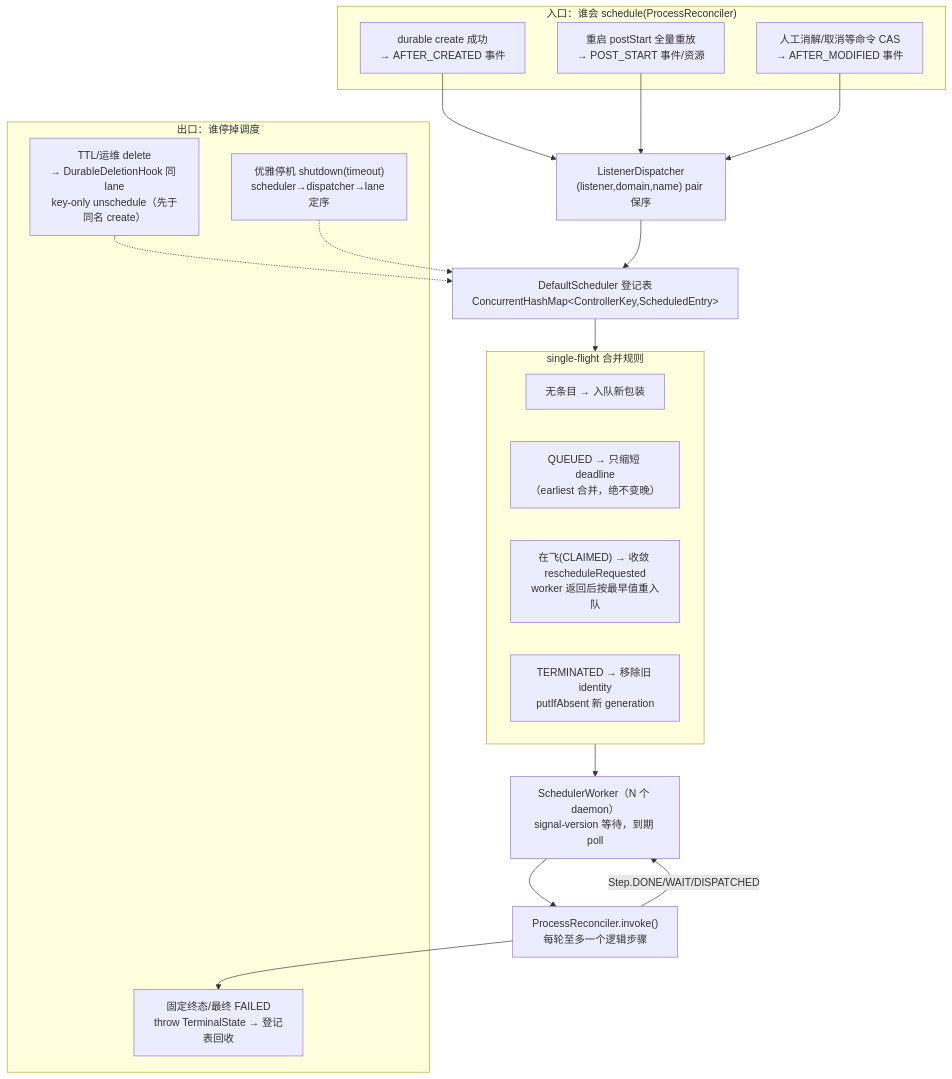
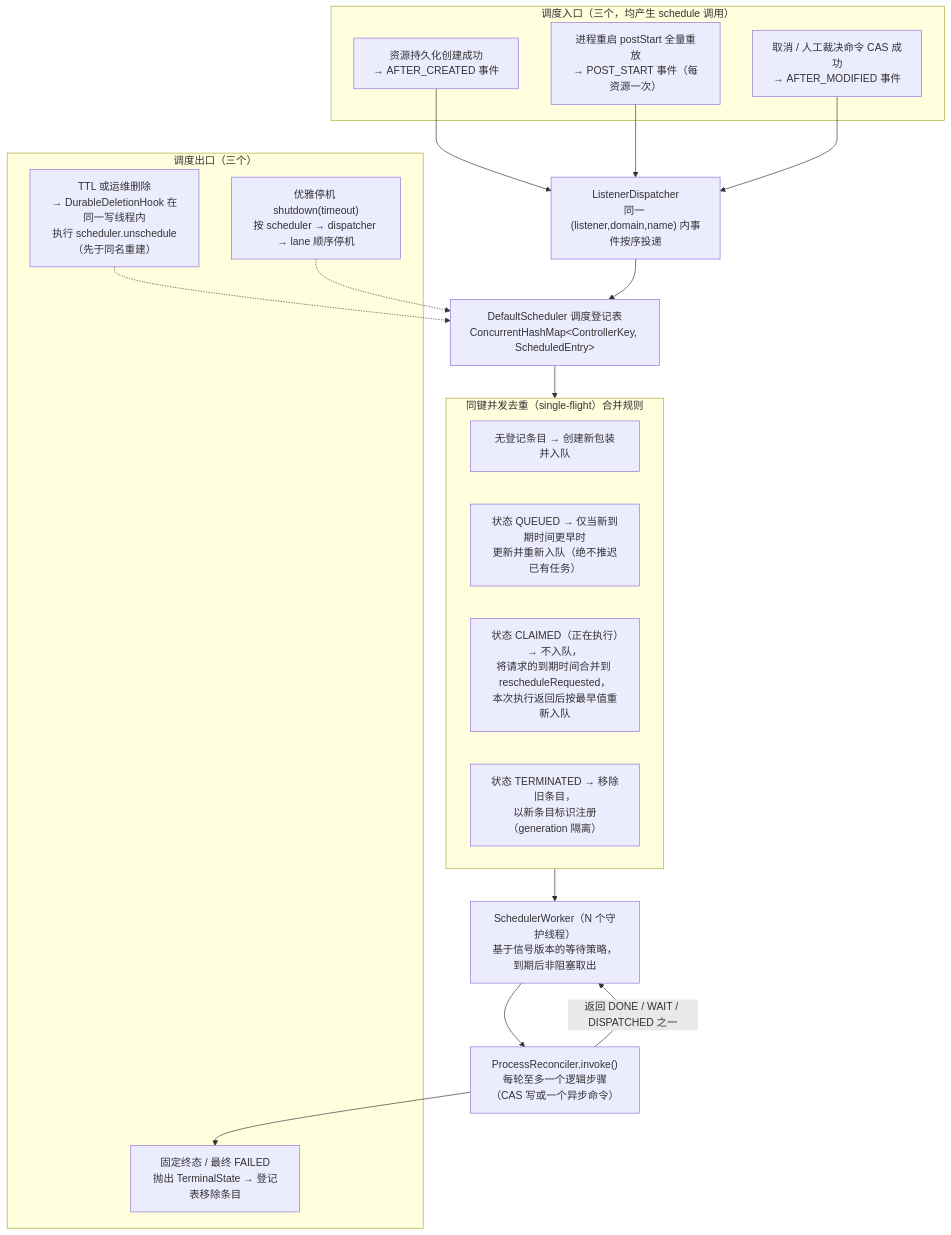
The fourth of 6 diagrams in tasks/process-lifecycle-runbook.md (GlacioData/amoro), drawn with Mermaid before and after one commit. The commit also changed other lines of this file, not shown here.

First line of the commit message:
[ams-v2][docs] Runbook 图集修订：术语规范化 + RUN/CANCEL 状态机拆分为独立两图

````diff
--- a/tasks/process-lifecycle-runbook.md
+++ b/tasks/process-lifecycle-runbook.md
@@ -115,34 +139,34 @@
 ```mermaid
 flowchart TB
-    subgraph 入调度["入口：谁会 schedule(ProcessReconciler)"]
-        A["durable create 成功<br/>→ AFTER_CREATED 事件"]
-        B["重启 postStart 全量重放<br/>→ POST_START 事件/资源"]
-        C["人工消解/取消等命令 CAS<br/>→ AFTER_MODIFIED 事件"]
+    subgraph In["调度入口（三个，均产生 schedule 调用）"]
+        A["资源持久化创建成功<br/>→ AFTER_CREATED 事件"]
+        B["进程重启 postStart 全量重放<br/>→ POST_START 事件（每资源一次）"]
+        C["取消 / 人工裁决命令 CAS 成功<br/>→ AFTER_MODIFIED 事件"]
     end
-    LD["ListenerDispatcher<br/>(listener,domain,name) pair 保序"]
-    SCH["DefaultScheduler 登记表<br/>ConcurrentHashMap&lt;ControllerKey,ScheduledEntry&gt;"]
-    subgraph 合并["single-flight 合并规则"]
-        M1["无条目 → 入队新包装"]
-        M2["QUEUED → 只缩短 deadline<br/>（earliest 合并，绝不变晚）"]
-        M3["在飞(CLAIMED) → 收敛 rescheduleRequested<br/>worker 返回后按最早值重入队"]
-        M4["TERMINATED → 移除旧 identity<br/>putIfAbsent 新 generation"]
+    LD["ListenerDispatcher<br/>同一 (listener,domain,name) 内事件按序投递"]
+    SCH["DefaultScheduler 调度登记表<br/>ConcurrentHashMap&lt;ControllerKey, ScheduledEntry&gt;"]
+    subgraph Merge["同键并发去重（single-flight）合并规则"]
+        M1["无登记条目 → 创建新包装并入队"]
+        M2["状态 QUEUED → 仅当新到期时间更早时<br/>更新并重新入队（绝不推迟已有任务）"]
+        M3["状态 CLAIMED（正在执行）→ 不入队，<br/>将请求的到期时间合并到 rescheduleRequested，<br/>本次执行返回后按最早值重新入队"]
+        M4["状态 TERMINATED → 移除旧条目，<br/>以新条目标识注册（generation 隔离）"]
     end
-    W["SchedulerWorker（N 个 daemon）<br/>signal-version 等待，到期 poll"]
-    INV["ProcessReconciler.invoke()<br/>每轮至多一个逻辑步骤"]
-    subgraph 出口["出口：谁停掉调度"]
-        O1["固定终态/最终 FAILED<br/>throw TerminalState → 登记表回收"]
-        O2["TTL/运维 delete<br/>→ DurableDeletionHook 同 lane<br/>key-only unschedule（先于同名 create）"]
-        O3["优雅停机 shutdown(timeout)<br/>scheduler→dispatcher→lane 定序"]
+    W["SchedulerWorker（N 个守护线程）<br/>基于信号版本的等待策略，到期后非阻塞取出"]
+    INV["ProcessReconciler.invoke()<br/>每轮至多一个逻辑步骤（CAS 写或一个异步命令）"]
+    subgraph Out["调度出口（三个）"]
+        O1["固定终态 / 最终 FAILED<br/>抛出 TerminalState → 登记表移除条目"]
+        O2["TTL 或运维删除<br/>→ DurableDeletionHook 在同一写线程内<br/>执行 scheduler.unschedule（先于同名重建）"]
+        O3["优雅停机 shutdown(timeout)<br/>按 scheduler → dispatcher → lane 顺序停机"]
     end
 
     A --> LD
     B --> LD
     C --> LD
     LD --> SCH
-    SCH --> 合并
-    合并 --> W --> INV
-    INV -->|"Step.DONE/WAIT/DISPATCHED"| W
+    SCH --> Merge
+    Merge --> W --> INV
+    INV -->|"返回 DONE / WAIT / DISPATCHED 之一"| W
     INV --> O1
     O2 -.-> SCH
     O3 -.-> SCH
 ```
````
